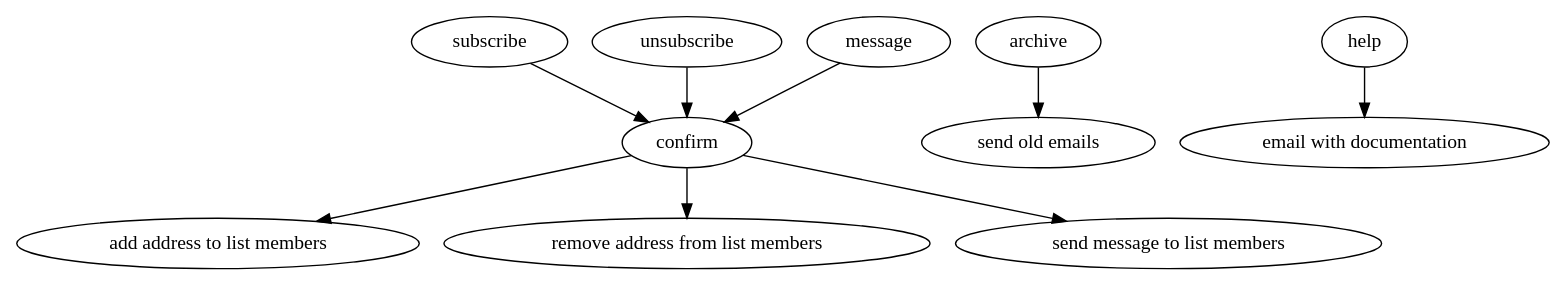
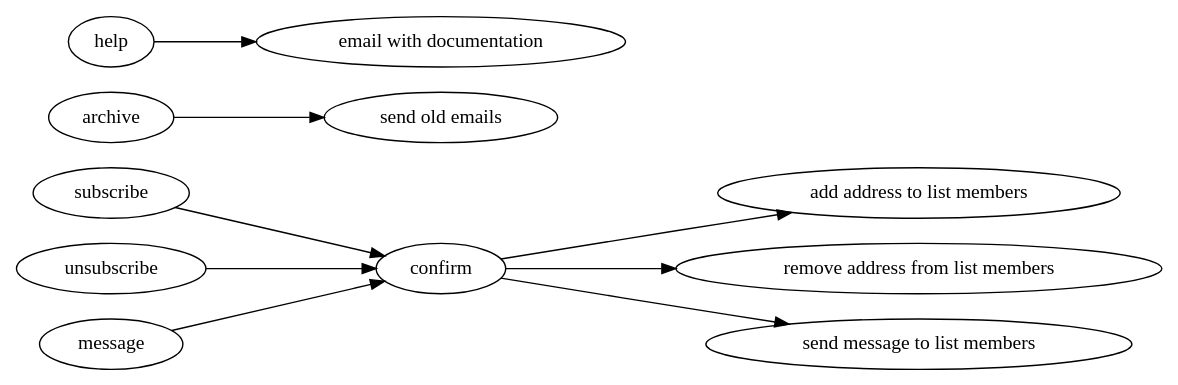
One commit to tlevine/ypotf changed the diagram in docs/flow.dot. Above: the diagram before and after it, drawn with Graphviz.

```diff
--- a/docs/flow.dot
+++ b/docs/flow.dot
@@ -1,7 +1,8 @@
 digraph foo {
+    rankdir="LR"
     "subscribe" -> "confirm" -> "add address to list members"
     "unsubscribe" -> "confirm" -> "remove address from list members"
     "message" -> "confirm" -> "send message to list members"
     "archive" -> "send old emails"
     "help" -> "email with documentation"
 }
```
